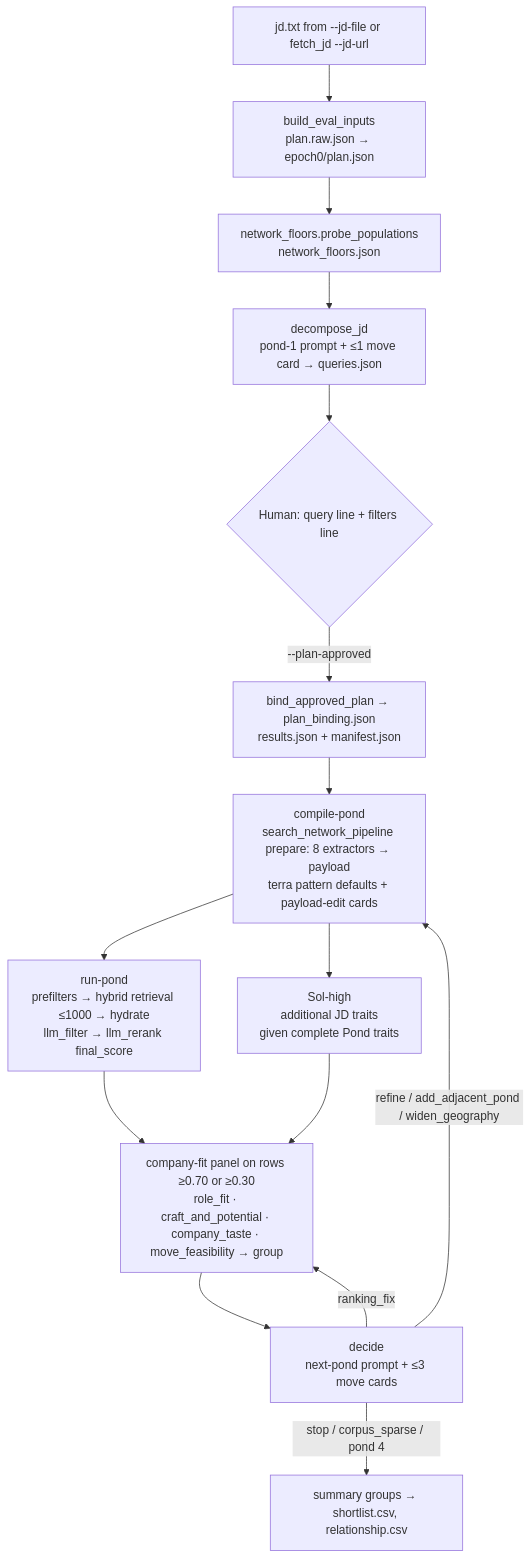
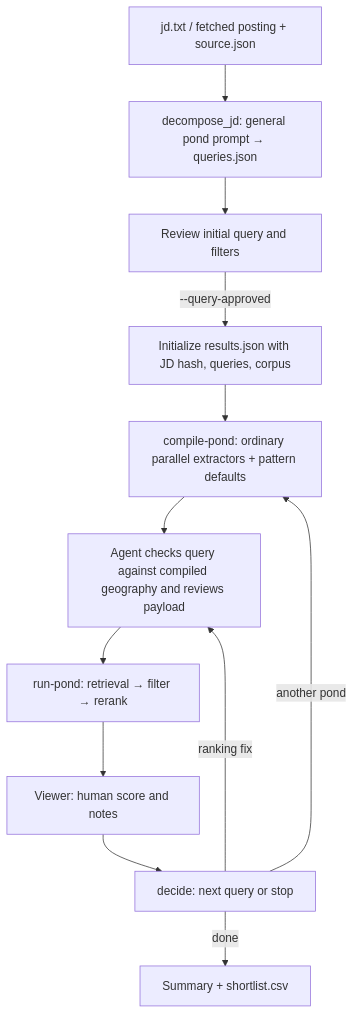
The diagram in packs/search/primitives/deep_search/README.md (powerset-co/powerpacks), drawn with Mermaid before and after one commit. The commit also changed other lines of this file and 37 other files, not shown here.

Commit message:
fix(search): generate pond queries directly from JDs (#494)

````diff
--- a/packs/search/primitives/deep_search/README.md
+++ b/packs/search/primitives/deep_search/README.md
@@ -70,17 +14,14 @@
 ```mermaid
 flowchart TD
-    JD[jd.txt from --jd-file or fetch_jd --jd-url] --> PLAN[build_eval_inputs<br/>plan.raw.json → epoch0/plan.json]
-    PLAN --> FLOORS[network_floors.probe_populations<br/>network_floors.json]
-    FLOORS --> Q1[decompose_jd<br/>pond-1 prompt + ≤1 move card → queries.json]
-    Q1 --> REVIEW{Human: query line + filters line}
-    REVIEW -->|--plan-approved| BIND[bind_approved_plan → plan_binding.json<br/>results.json + manifest.json]
-    BIND --> COMPILE[compile-pond<br/>search_network_pipeline prepare: 8 extractors → payload<br/>terra pattern defaults + payload-edit cards]
-    COMPILE --> RUN[run-pond<br/>prefilters → hybrid retrieval ≤1000 → hydrate<br/>llm_filter → llm_rerank final_score]
-    COMPILE --> TRAITS[Sol-high<br/>additional JD traits<br/>given complete Pond traits]
-    RUN --> FIT[company-fit panel on rows ≥0.70 or ≥0.30<br/>role_fit · craft_and_potential · company_taste · move_feasibility → group]
-    TRAITS --> FIT
-    FIT --> DECIDE[decide<br/>next-pond prompt + ≤3 move cards]
-    DECIDE -->|refine / add_adjacent_pond / widen_geography| COMPILE
-    DECIDE -->|ranking_fix| FIT
-    DECIDE -->|stop / corpus_sparse / pond 4| DONE[summary groups → shortlist.csv, relationship.csv]
+    JD[jd.txt / fetched posting + source.json] --> Q[decompose_jd: general pond prompt → queries.json]
+    Q --> REVIEW[Review initial query and filters]
+    REVIEW -->|--query-approved| INIT[Initialize results.json with JD hash, queries, corpus]
+    INIT --> COMPILE[compile-pond: ordinary parallel extractors + pattern defaults]
+    COMPILE --> CHECK[Agent checks query against compiled geography and reviews payload]
+    CHECK --> RUN[run-pond: retrieval → filter → rerank]
+    RUN --> VIEW[Viewer: human score and notes]
+    VIEW --> DECIDE[decide: next query or stop]
+    DECIDE -->|another pond| COMPILE
+    DECIDE -->|ranking fix| CHECK
+    DECIDE -->|done| EXPORT[Summary + shortlist.csv]
 ```
````
